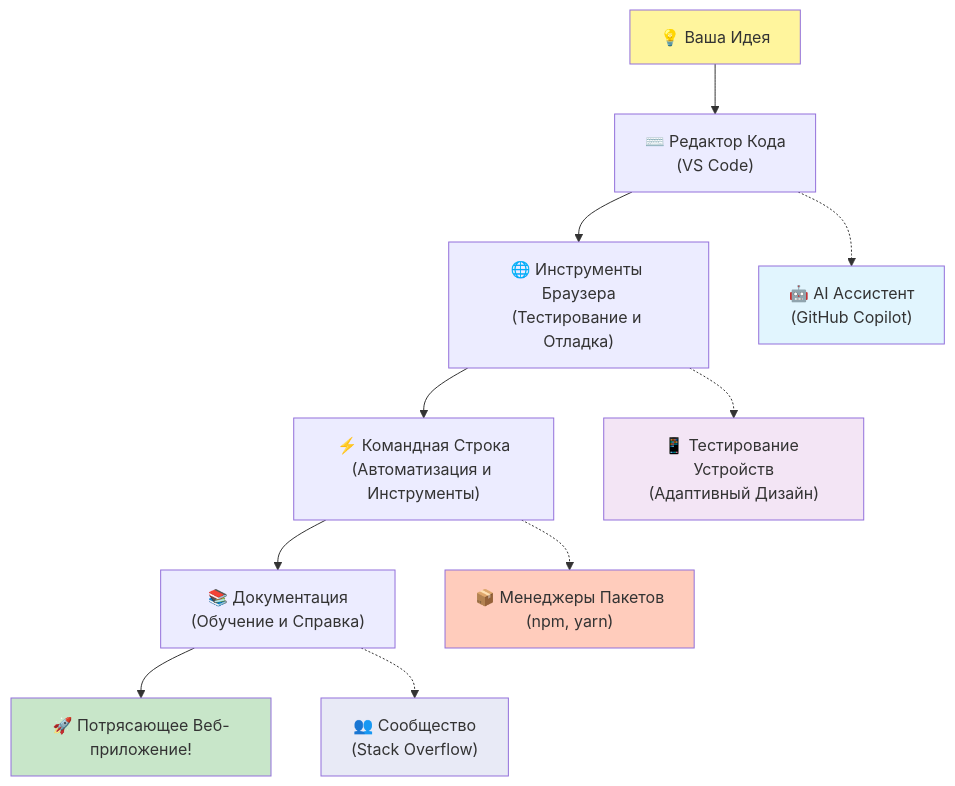
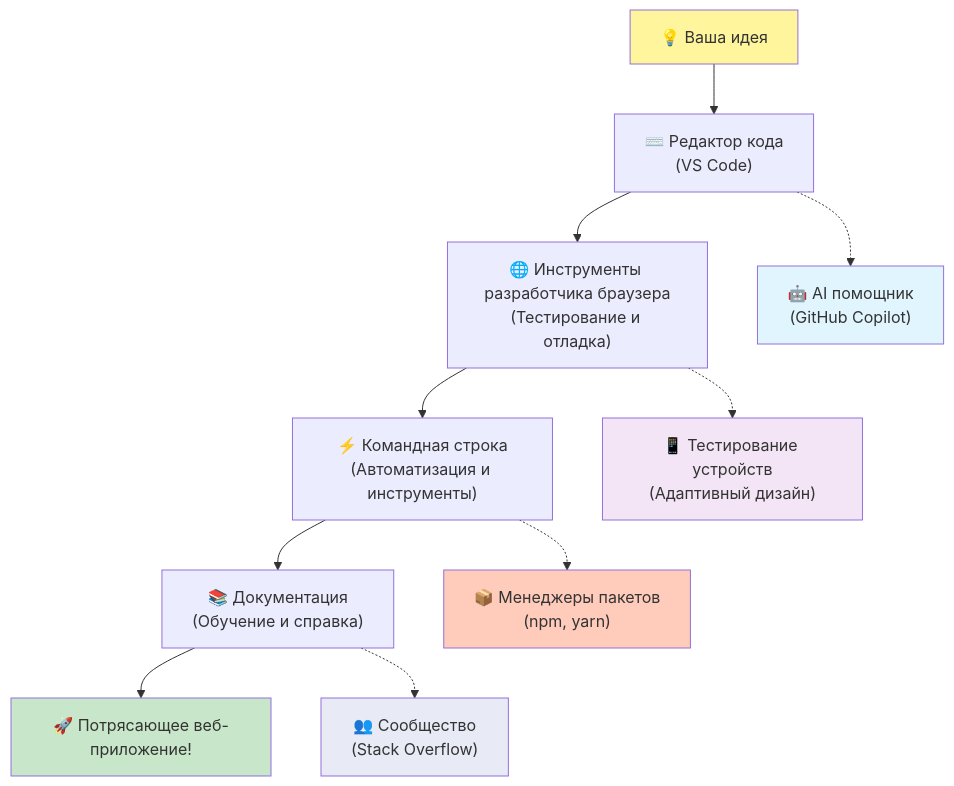
Before and after one commit to microsoft/Web-Dev-For-Beginners: the fifth of 7 diagrams in translations/ru/1-getting-started-lessons/1-intro-to-programming-languages/README.md, drawn with Mermaid. The commit also changed other lines of this file and 8 other files, not shown here.

````diff
--- a/translations/ru/1-getting-started-lessons/1-intro-to-programming-languages/README.md
+++ b/translations/ru/1-getting-started-lessons/1-intro-to-programming-languages/README.md
@@ -488,20 +487,20 @@
 ```mermaid
 graph TD
-    A["💡 Ваша Идея"] --> B["⌨️ Редактор Кода<br/>(VS Code)"] 
-    B --> C["🌐 Инструменты Браузера<br/>(Тестирование и Отладка)"]
-    C --> D["⚡ Командная Строка<br/>(Автоматизация и Инструменты)"]
-    D --> E["📚 Документация<br/>(Обучение и Справка)"]
-    E --> F["🚀 Потрясающее Веб-приложение!"]
+    A["💡 Ваша идея"] --> B["⌨️ Редактор кода<br/>(VS Code)"] 
+    B --> C["🌐 Инструменты разработчика браузера<br/>(Тестирование и отладка)"]
+    C --> D["⚡ Командная строка<br/>(Автоматизация и инструменты)"]
+    D --> E["📚 Документация<br/>(Обучение и справка)"]
+    E --> F["🚀 Потрясающее веб-приложение!"]
     
-    B -.-> G["🤖 AI Ассистент<br/>(GitHub Copilot)"]
-    C -.-> H["📱 Тестирование Устройств<br/>(Адаптивный Дизайн)"]
-    D -.-> I["📦 Менеджеры Пакетов<br/>(npm, yarn)"]
+    B -.-> G["🤖 AI помощник<br/>(GitHub Copilot)"]
+    C -.-> H["📱 Тестирование устройств<br/>(Адаптивный дизайн)"]
+    D -.-> I["📦 Менеджеры пакетов<br/>(npm, yarn)"]
     E -.-> J["👥 Сообщество<br/>(Stack Overflow)"]
     
     style A fill:#fff59d
     style F fill:#c8e6c9
     style G fill:#e1f5fe
     style H fill:#f3e5f5
     style I fill:#ffccbc
     style J fill:#e8eaf6
-```
+```  
````
